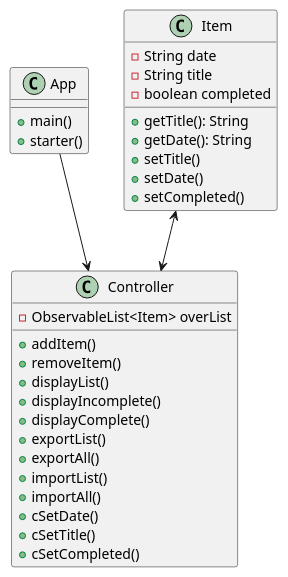
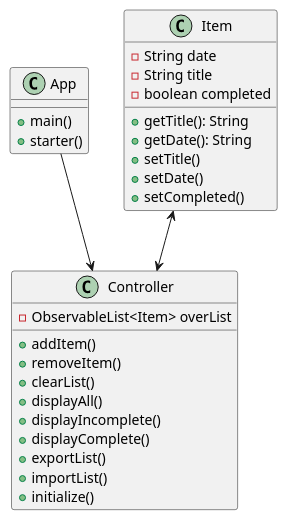
Before and after one commit to maxwellgraeser/Graeser-cop3330-assignment4part2: the diagram in uml/plan.puml, drawn with PlantUML. The commit also changed 6 other files, not shown here.

```diff
--- a/uml/plan.puml
+++ b/uml/plan.puml
@@ -1,36 +1,33 @@
 @startuml
 class App {
 +main()
 +starter()
 }
 
 class Controller {
 -ObservableList<Item> overList
 +addItem()
 +removeItem()
-+displayList()
++clearList()
++displayAll()
 +displayIncomplete()
 +displayComplete()
 +exportList()
-+exportAll()
 +importList()
-+importAll()
-+cSetDate()
-+cSetTitle()
-+cSetCompleted()
++initialize()
 }
 
 class Item {
 -String date
 -String title
 -boolean completed
 +getTitle(): String
 +getDate(): String
 +setTitle()
 +setDate()
 +setCompleted()
 }
 
 App --> Controller
 Item <--> Controller
 @enduml
```
